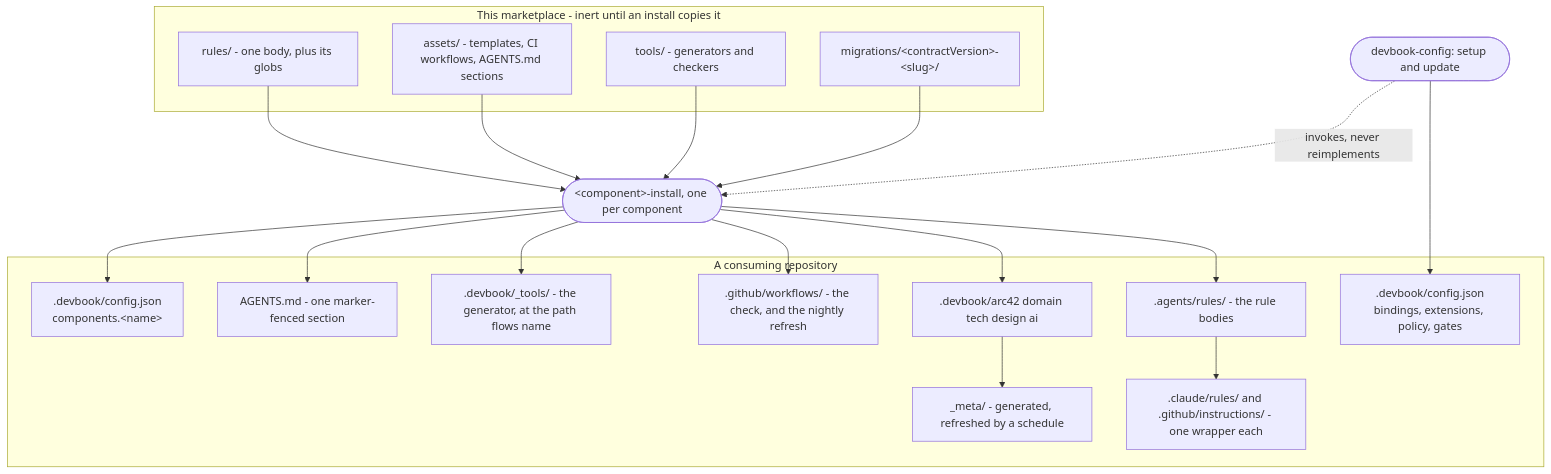
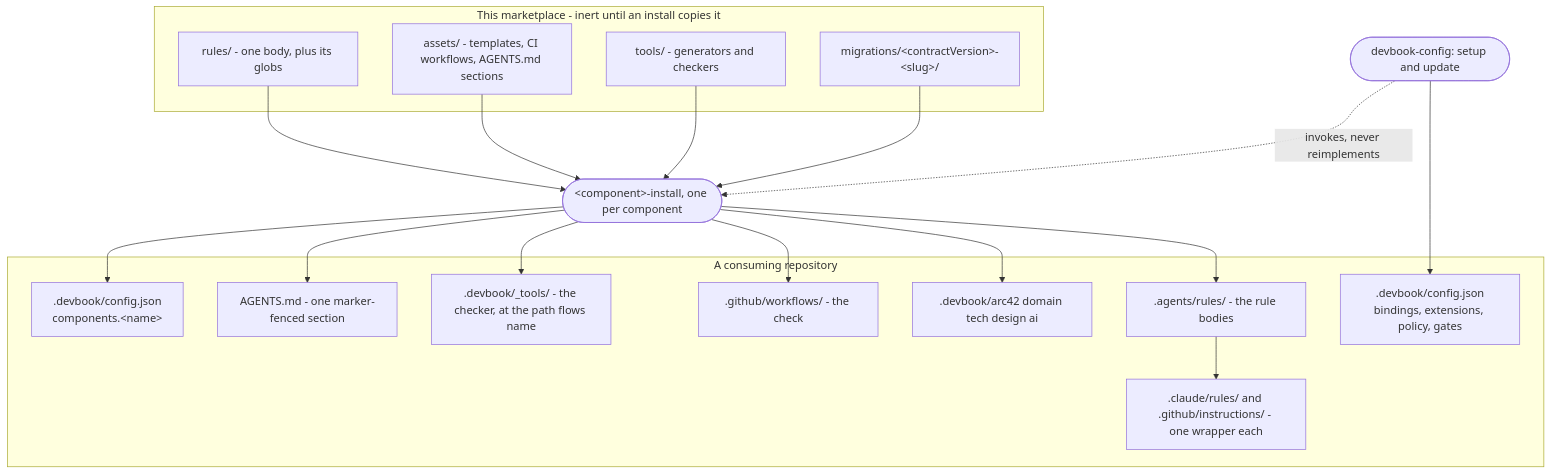
Before and after one commit to JSdotNet/devbook: the third of 3 diagrams in .devbook/arc42/05-building-block-view.md, drawn with Mermaid. The commit also changed other lines of this file and 78 other files, not shown here.

````diff
--- a/.devbook/arc42/05-building-block-view.md
+++ b/.devbook/arc42/05-building-block-view.md
@@ -198,39 +198,37 @@
 ```mermaid
 flowchart TB
     subgraph mp["This marketplace - inert until an install copies it"]
         pr["rules/ - one body, plus its globs"]
         pa["assets/ - templates, CI workflows, AGENTS.md sections"]
         pt["tools/ - generators and checkers"]
         pm["migrations/&lt;contractVersion&gt;-&lt;slug&gt;/"]
     end
 
     setup(["devbook-config: setup and update"])
     inst(["&lt;component&gt;-install, one per component"])
 
     subgraph repo["A consuming repository"]
         ar[".agents/rules/ - the rule bodies"]
         cw[".claude/rules/ and .github/instructions/ - one wrapper each"]
         folders[".devbook/arc42 domain tech design ai"]
-        meta["_meta/ - generated, refreshed by a schedule"]
-        wf[".github/workflows/ - the check, and the nightly refresh"]
-        tools[".devbook/_tools/ - the generator, at the path flows name"]
+        wf[".github/workflows/ - the check"]
+        tools[".devbook/_tools/ - the checker, at the path flows name"]
         agents["AGENTS.md - one marker-fenced section"]
         cfgE[".devbook/config.json<br/>bindings, extensions, policy, gates"]
         cfgC[".devbook/config.json<br/>components.&lt;name&gt;"]
     end
 
     pr --> inst
     pa --> inst
     pt --> inst
     pm --> inst
     inst --> ar
     ar --> cw
     inst --> folders
     inst --> wf
     inst --> tools
     inst --> agents
     inst --> cfgC
     setup --> cfgE
     setup -.->|"invokes, never reimplements"| inst
-    folders --> meta
 ```
````
